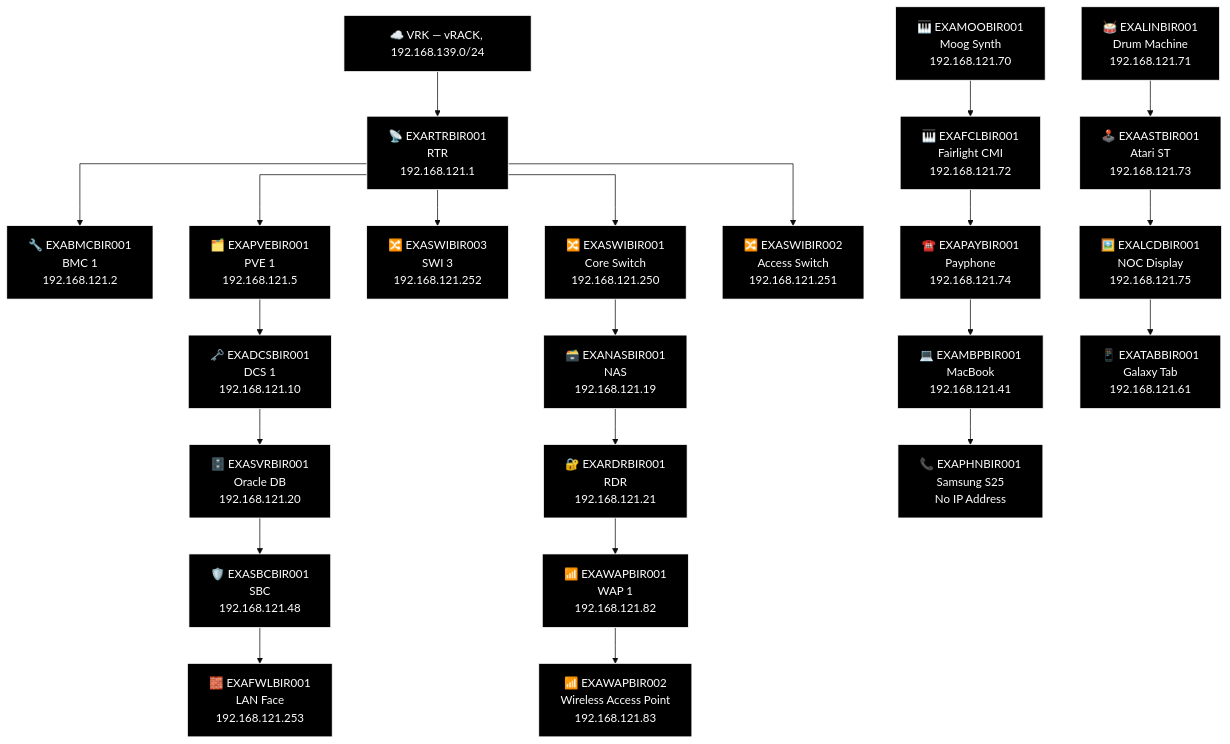
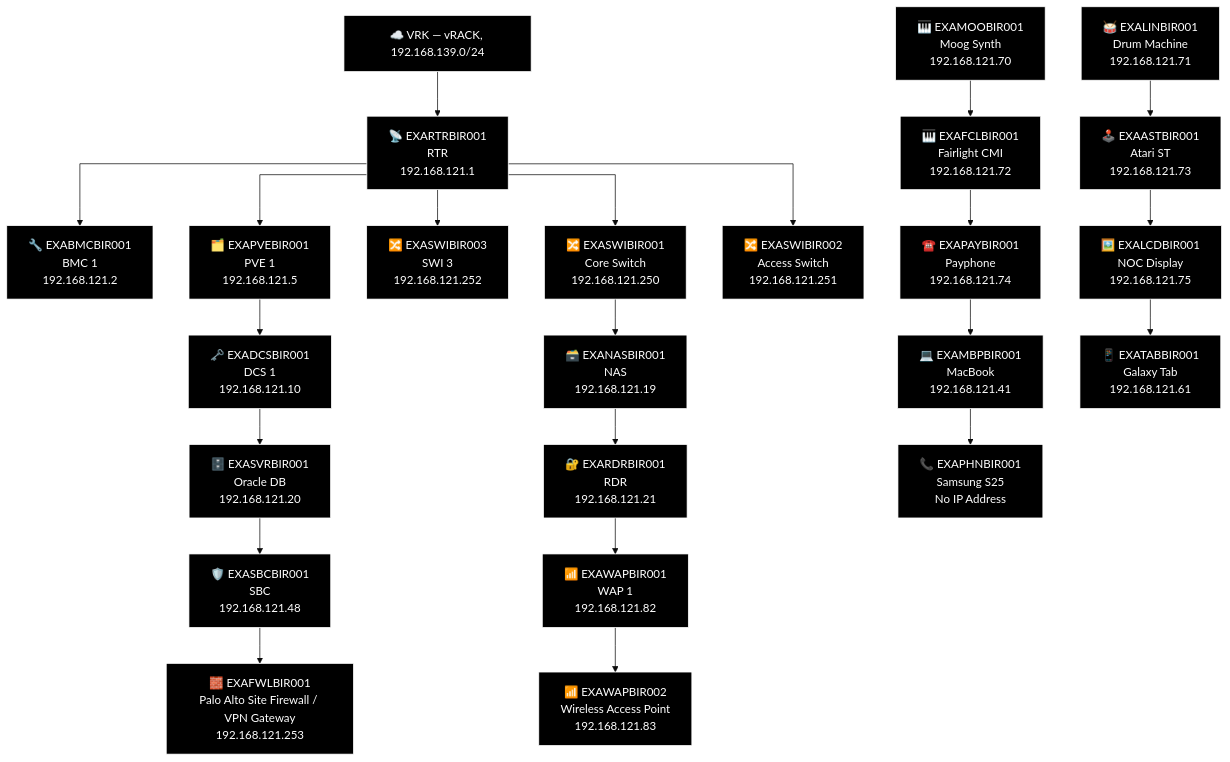
One commit to knightmare2600/example_music_infra changed the sixth of 27 diagrams in docs/network-diagram/england.md. Above: the diagram before and after it, drawn with Mermaid (base theme). The commit also changed other lines of this file and 19 other files, not shown here.

````diff
--- a/docs/network-diagram/england.md
+++ b/docs/network-diagram/england.md
@@ -281,64 +281,64 @@
 ```mermaid
 %% GENERATED:TOPOLOGY:BIR:START
 %%{init: {'flowchart': {'curve': 'stepAfter'}}}%%
 graph TD
     T_VRK["☁️ VRK — vRACK, 192.168.139.0/24"]
     T_RTR["📡 EXARTRBIR001<br/>RTR<br/>192.168.121.1"]
     T_VRK --> T_RTR
     T_BMC["🔧 EXABMCBIR001<br/>BMC 1<br/>192.168.121.2"]
     T_RTR --> T_BMC
     T_PVE["🗂️ EXAPVEBIR001<br/>PVE 1<br/>192.168.121.5"]
     T_RTR --> T_PVE
     T_SWI["🔀 EXASWIBIR003<br/>SWI 3<br/>192.168.121.252"]
     T_RTR --> T_SWI
     T_SWI2["🔀 EXASWIBIR001<br/>Core Switch<br/>192.168.121.250"]
     T_RTR --> T_SWI2
     T_SWI3["🔀 EXASWIBIR002<br/>Access Switch<br/>192.168.121.251"]
     T_RTR --> T_SWI3
     T_NAS["🗃️ EXANASBIR001<br/>NAS<br/>192.168.121.19"]
     T_RDR["🔐 EXARDRBIR001<br/>RDR<br/>192.168.121.21"]
     T_WAP["📶 EXAWAPBIR001<br/>WAP 1<br/>192.168.121.82"]
     T_WAP2["📶 EXAWAPBIR002<br/>Wireless Access Point<br/>192.168.121.83"]
     T_SWI2 --> T_NAS --> T_RDR --> T_WAP --> T_WAP2
     T_DCS["🗝️ EXADCSBIR001<br/>DCS 1<br/>192.168.121.10"]
     T_SVR["🗄️ EXASVRBIR001<br/>Oracle DB<br/>192.168.121.20"]
     T_SBC["🛡️ EXASBCBIR001<br/>SBC<br/>192.168.121.48"]
-    T_FWL["🧱 EXAFWLBIR001<br/>LAN Face<br/>192.168.121.253"]
+    T_FWL["🧱 EXAFWLBIR001<br/>Palo Alto Site Firewall / VPN Gateway<br/>192.168.121.253"]
     T_PVE --> T_DCS --> T_SVR --> T_SBC --> T_FWL
     T_MOO["🎹 EXAMOOBIR001<br/>Moog Synth<br/>192.168.121.70"]
     T_LIN["🥁 EXALINBIR001<br/>Drum Machine<br/>192.168.121.71"]
     T_FCL["🎹 EXAFCLBIR001<br/>Fairlight CMI<br/>192.168.121.72"]
     T_AST["🕹️ EXAASTBIR001<br/>Atari ST<br/>192.168.121.73"]
     T_PAY["☎️ EXAPAYBIR001<br/>Payphone<br/>192.168.121.74"]
     T_LCD["🖼️ EXALCDBIR001<br/>NOC Display<br/>192.168.121.75"]
     T_MBP["💻 EXAMBPBIR001<br/>MacBook<br/>192.168.121.41"]
     T_TAB["📱 EXATABBIR001<br/>Galaxy Tab<br/>192.168.121.61"]
     T_PHN["📞 EXAPHNBIR001<br/>Samsung S25<br/>No IP Address"]
     T_MOO --> T_FCL --> T_PAY --> T_MBP --> T_PHN
     T_LIN --> T_AST --> T_LCD --> T_TAB
     style T_VRK fill:#000000,stroke:#FFFFFF,color:#FFFFFF
     style T_RTR fill:#000000,stroke:#FFFFFF,color:#FFFFFF
     style T_BMC fill:#000000,stroke:#FFFFFF,color:#FFFFFF
     style T_PVE fill:#000000,stroke:#FFFFFF,color:#FFFFFF
     style T_SWI fill:#000000,stroke:#FFFFFF,color:#FFFFFF
     style T_SWI2 fill:#000000,stroke:#FFFFFF,color:#FFFFFF
     style T_SWI3 fill:#000000,stroke:#FFFFFF,color:#FFFFFF
     style T_NAS fill:#000000,stroke:#FFFFFF,color:#FFFFFF
     style T_RDR fill:#000000,stroke:#FFFFFF,color:#FFFFFF
     style T_WAP fill:#000000,stroke:#FFFFFF,color:#FFFFFF
     style T_WAP2 fill:#000000,stroke:#FFFFFF,color:#FFFFFF
     style T_DCS fill:#000000,stroke:#FFFFFF,color:#FFFFFF
     style T_SVR fill:#000000,stroke:#FFFFFF,color:#FFFFFF
     style T_SBC fill:#000000,stroke:#FFFFFF,color:#FFFFFF
     style T_FWL fill:#000000,stroke:#FFFFFF,color:#FFFFFF
     style T_MOO fill:#000000,stroke:#FFFFFF,color:#FFFFFF
     style T_LIN fill:#000000,stroke:#FFFFFF,color:#FFFFFF
     style T_FCL fill:#000000,stroke:#FFFFFF,color:#FFFFFF
     style T_AST fill:#000000,stroke:#FFFFFF,color:#FFFFFF
     style T_PAY fill:#000000,stroke:#FFFFFF,color:#FFFFFF
     style T_LCD fill:#000000,stroke:#FFFFFF,color:#FFFFFF
     style T_MBP fill:#000000,stroke:#FFFFFF,color:#FFFFFF
     style T_TAB fill:#000000,stroke:#FFFFFF,color:#FFFFFF
     style T_PHN fill:#000000,stroke:#FFFFFF,color:#FFFFFF
 %% GENERATED:TOPOLOGY:BIR:END
 ```
````
